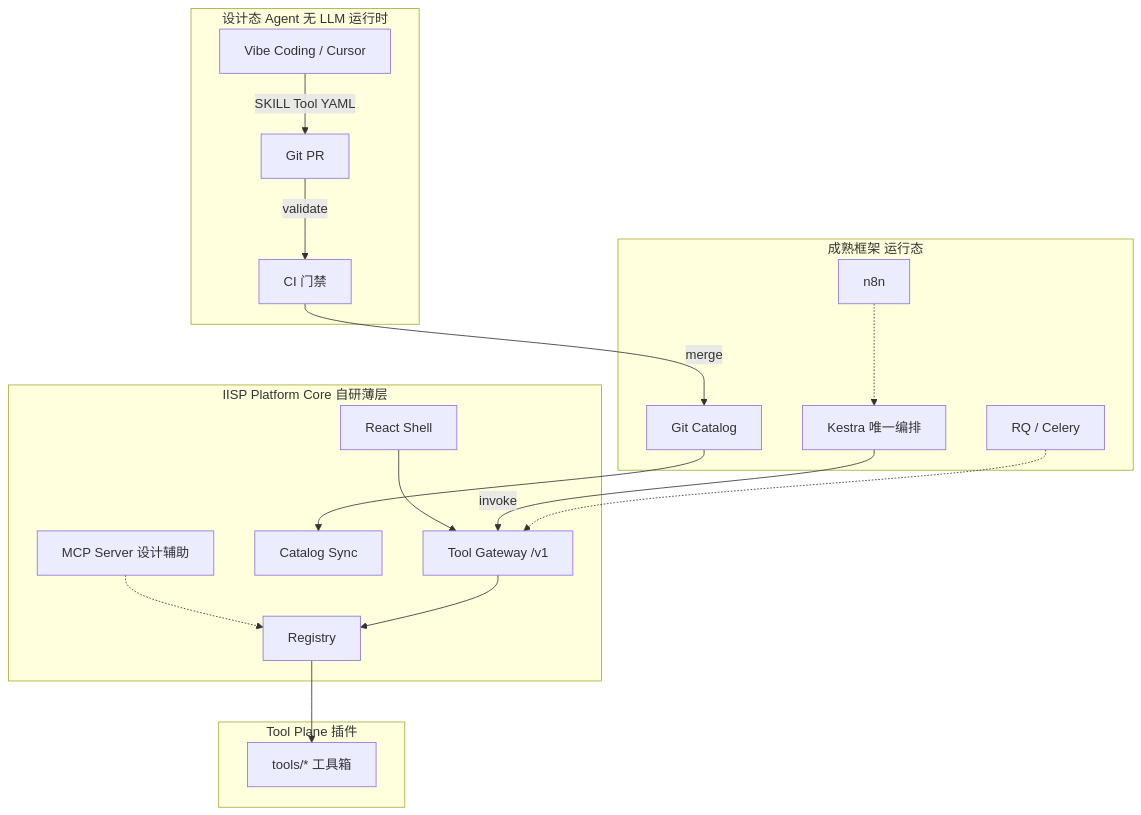
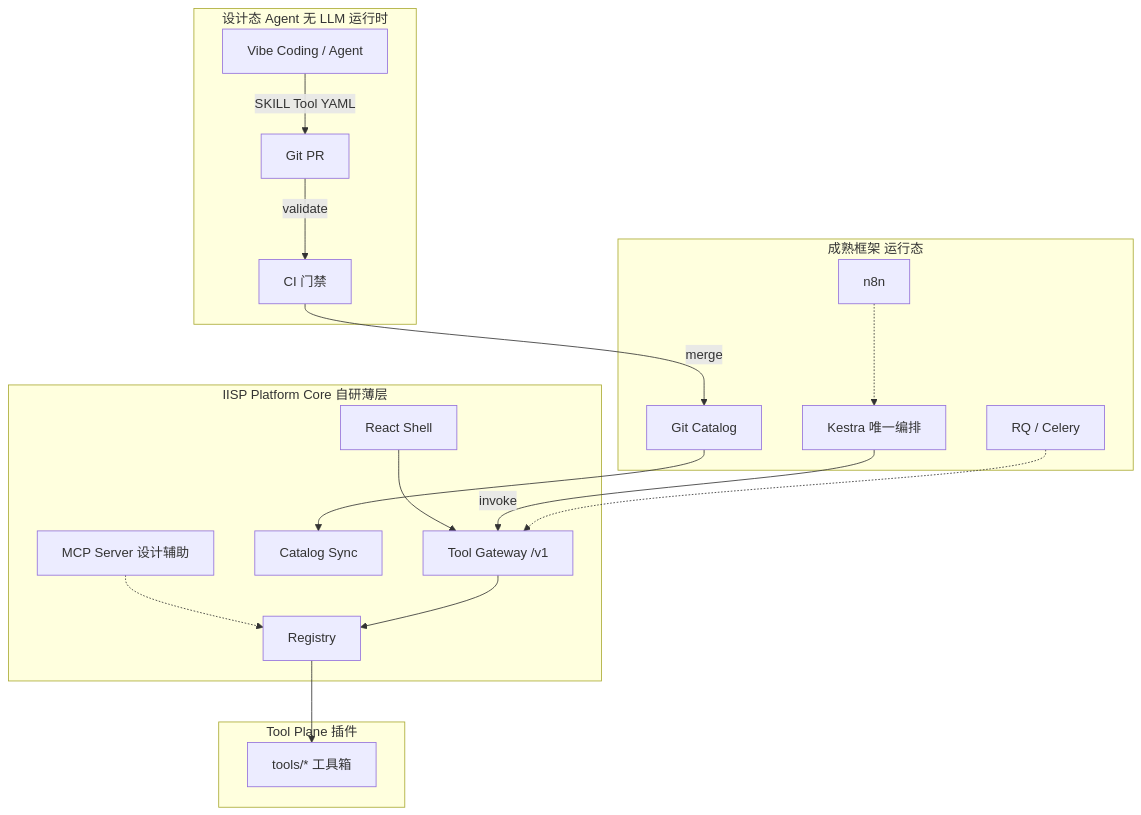
Before and after one commit to algo-boost/DetForge-Studio: the diagram in docs/IISP_DESIGN_FINAL.md, drawn with Mermaid. The commit also changed other lines of this file and 332 other files, not shown here.

````diff
--- a/docs/IISP_DESIGN_FINAL.md
+++ b/docs/IISP_DESIGN_FINAL.md
@@ -75,36 +76,36 @@
 ```mermaid
 flowchart TB
   subgraph design [设计态 Agent 无 LLM 运行时]
-    Vibe[Vibe Coding / Cursor]
+    Vibe[Vibe Coding / Agent]
     Vibe -->|SKILL Tool YAML| GitPR[Git PR]
     GitPR -->|validate| CI[CI 门禁]
   end
 
   subgraph ext [成熟框架 运行态]
     Kestra[Kestra 唯一编排]
     Git[Git Catalog]
     RQ[RQ / Celery]
     N8N[n8n]
   end
 
   subgraph core [IISP Platform Core 自研薄层]
     Shell[React Shell]
     GW[Tool Gateway /v1]
     Reg[Registry]
     Cat[Catalog Sync]
     MCP[MCP Server 设计辅助]
     Shell --> GW
     MCP -.-> Reg
   end
 
   subgraph tools [Tool Plane 插件]
     TX[tools/* 工具箱]
   end
 
   CI -->|merge| Git
   Git --> Cat
   Kestra -->|invoke| GW
   GW --> Reg --> TX
   RQ -.-> GW
   N8N -.-> Kestra
 ```
````
